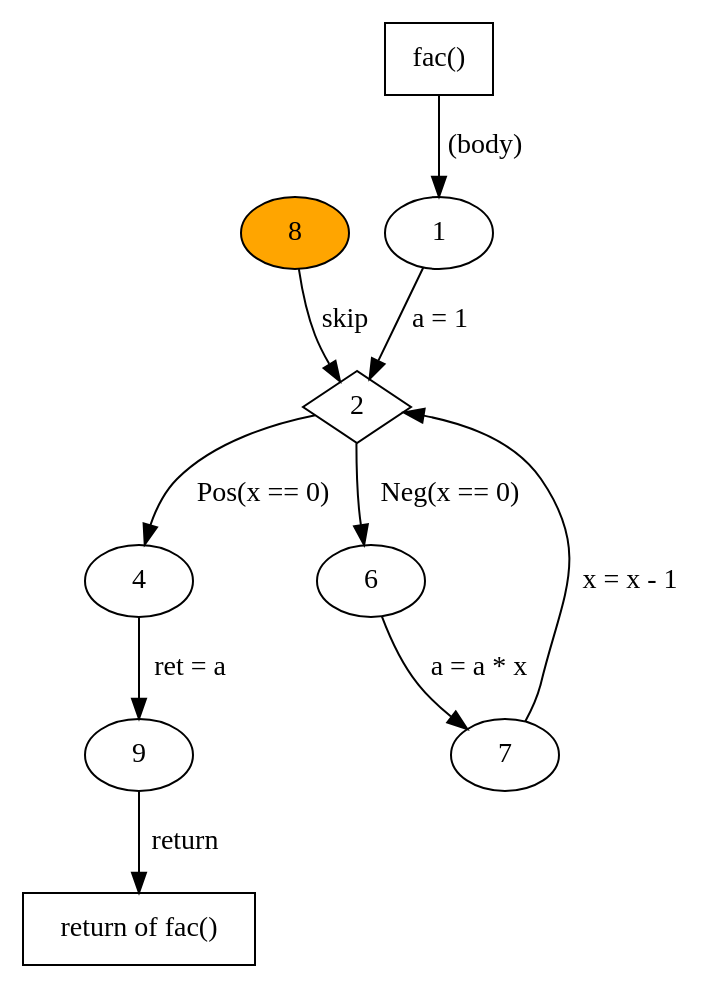
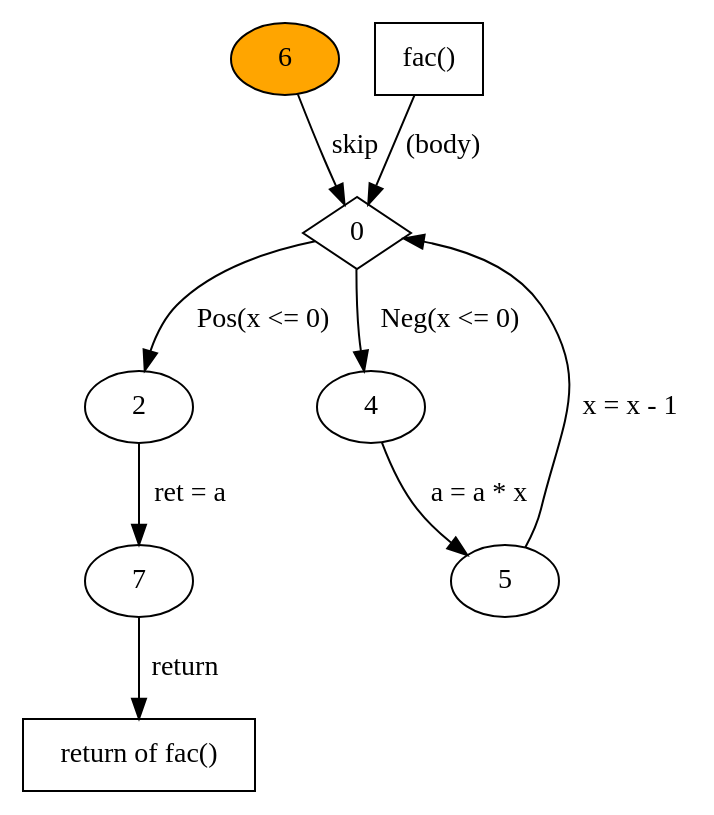
One commit to goblint/gobview changed the diagram in public/dot/main.c/fac.dot. Above: the diagram before and after it, drawn with Graphviz. The commit also changed 10 other files, not shown here.

```diff
--- a/public/dot/main.c/fac.dot
+++ b/public/dot/main.c/fac.dot
@@ -1,29 +1,26 @@
 digraph cfg {
-	9 -> ret527 [label = "return
+	7 -> ret528 [label = "return
 "] ;
-	4 -> 9 [label = "ret = a
+	2 -> 7 [label = "ret = a
 "] ;
-	2 -> 4 [label = "Pos(x == 0)
+	0 -> 2 [label = "Pos(x &lt;= 0)
 "] ;
-	8 -> 2 [label = "skip
+	6 -> 0 [label = "skip
 "] ;
-	7 -> 2 [label = "x = x - 1
+	5 -> 0 [label = "x = x - 1
 "] ;
-	1 -> 2 [label = "a = 1
+	fun528 -> 0 [label = "(body)
 "] ;
-	6 -> 7 [label = "a = a * x
+	4 -> 5 [label = "a = a * x
 "] ;
-	2 -> 6 [label = "Neg(x == 0)
+	0 -> 4 [label = "Neg(x &lt;= 0)
 "] ;
-	fun527 -> 1 [label = "(body)
-"] ;
-	8 [id="8",URL="javascript:show_info('\N');",fillcolor=orange,style=filled,];
-	ret527 [id="ret527",URL="javascript:show_info('\N');",fillcolor=white,style=filled,label ="return of fac()",shape=box];
-	1 [id="1",URL="javascript:show_info('\N');",fillcolor=white,style=filled,];
-	9 [id="9",URL="javascript:show_info('\N');",fillcolor=white,style=filled,];
-	2 [id="2",URL="javascript:show_info('\N');",fillcolor=white,style=filled,shape=diamond];
+	0 [id="0",URL="javascript:show_info('\N');",fillcolor=white,style=filled,shape=diamond];
+	ret528 [id="ret528",URL="javascript:show_info('\N');",fillcolor=white,style=filled,label ="return of fac()",shape=box];
+	2 [id="2",URL="javascript:show_info('\N');",fillcolor=white,style=filled,];
 	4 [id="4",URL="javascript:show_info('\N');",fillcolor=white,style=filled,];
-	6 [id="6",URL="javascript:show_info('\N');",fillcolor=white,style=filled,];
-	fun527 [id="fun527",URL="javascript:show_info('\N');",fillcolor=white,style=filled,label ="fac()",shape=box];
+	5 [id="5",URL="javascript:show_info('\N');",fillcolor=white,style=filled,];
+	6 [id="6",URL="javascript:show_info('\N');",fillcolor=orange,style=filled,];
+	fun528 [id="fun528",URL="javascript:show_info('\N');",fillcolor=white,style=filled,label ="fac()",shape=box];
 	7 [id="7",URL="javascript:show_info('\N');",fillcolor=white,style=filled,];
 }
```
